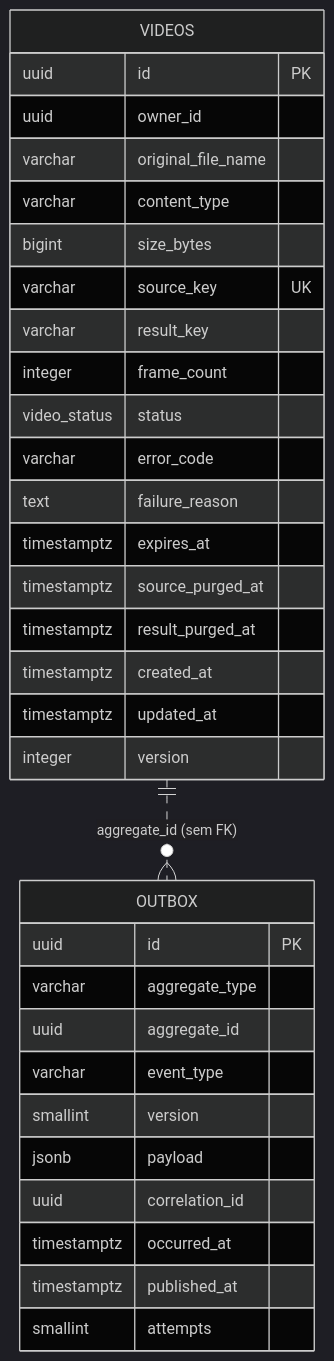
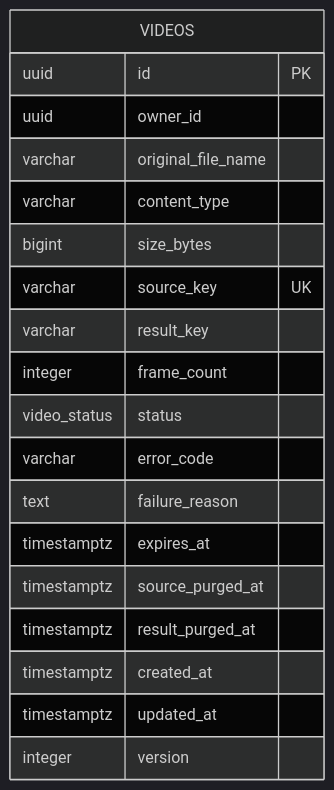
One commit to knzt/zipframes changed the second of 3 diagrams in docs/data/modelagem-de-dados.md. Above: the diagram before and after it, drawn with Mermaid (dark theme). The commit also changed other lines of this file and 36 other files, not shown here.

````diff
--- a/docs/data/modelagem-de-dados.md
+++ b/docs/data/modelagem-de-dados.md
@@ -123,35 +76,22 @@
 ```mermaid
 erDiagram
   VIDEOS {
     uuid id PK
     uuid owner_id
     varchar original_file_name
     varchar content_type
     bigint size_bytes
     varchar source_key UK
     varchar result_key
     integer frame_count
     video_status status
     varchar error_code
     text failure_reason
     timestamptz expires_at
     timestamptz source_purged_at
     timestamptz result_purged_at
     timestamptz created_at
     timestamptz updated_at
     integer version
   }
-  OUTBOX {
-    uuid id PK
-    varchar aggregate_type
-    uuid aggregate_id
-    varchar event_type
-    smallint version
-    jsonb payload
-    uuid correlation_id
-    timestamptz occurred_at
-    timestamptz published_at
-    smallint attempts
-  }
-  VIDEOS ||..o{ OUTBOX : "aggregate_id (sem FK)"
 ```
````
